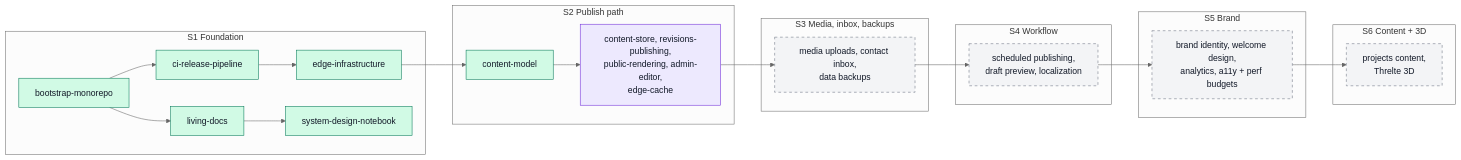
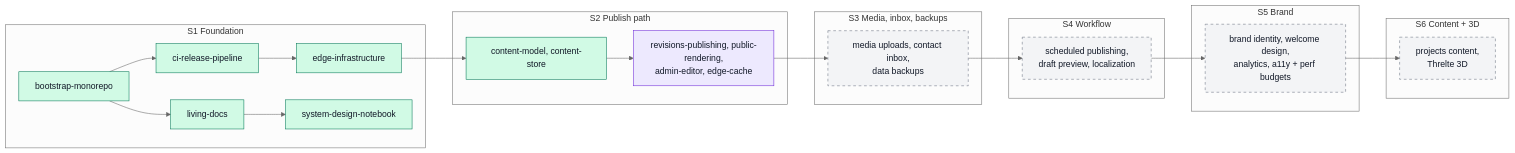
One commit to ycmcuenca/ycmcuenca-core changed the diagram in docs/ROADMAP.md. Above: the diagram before and after it, drawn with Mermaid (neutral theme). The commit also changed other lines of this file and 17 other files, not shown here.

First line of the commit message:
chore(openspec): archive content-store

````diff
--- a/docs/ROADMAP.md
+++ b/docs/ROADMAP.md
@@ -37,36 +37,36 @@
 ```mermaid
 flowchart LR
     subgraph S1["S1 Foundation"]
         bootstrap["bootstrap-monorepo"]:::archived
         ci["ci-release-pipeline"]:::archived
         edge["edge-infrastructure"]:::archived
         docs["living-docs"]:::archived
         notebook["system-design-notebook"]:::archived
     end
     subgraph S2["S2 Publish path"]
-        cm["content-model"]:::archived
-        s2["content-store, revisions-publishing,<br/>public-rendering, admin-editor,<br/>edge-cache"]:::proposed
+        cm["content-model, content-store"]:::archived
+        s2["revisions-publishing, public-rendering,<br/>admin-editor, edge-cache"]:::proposed
     end
     subgraph S3["S3 Media, inbox, backups"]
         s3["media uploads, contact inbox,<br/>data backups"]:::planned
     end
     subgraph S4["S4 Workflow"]
         s4["scheduled publishing,<br/>draft preview, localization"]:::planned
     end
     subgraph S5["S5 Brand"]
         s5["brand identity, welcome design,<br/>analytics, a11y + perf budgets"]:::planned
     end
     subgraph S6["S6 Content + 3D"]
         s6["projects content,<br/>Threlte 3D"]:::planned
     end
 
     bootstrap --> ci --> edge
     bootstrap --> docs --> notebook
     edge --> cm --> s2 --> s3 --> s4 --> s5 --> s6
 
     classDef archived fill:#d1fae5,stroke:#047857,color:#111827
     classDef merged fill:#dbeafe,stroke:#1d4ed8,color:#111827
     classDef inProgress fill:#fef3c7,stroke:#b45309,color:#111827
     classDef proposed fill:#ede9fe,stroke:#6d28d9,color:#111827
     classDef planned fill:#f3f4f6,stroke:#6b7280,color:#111827,stroke-dasharray:5 5
 ```
````
